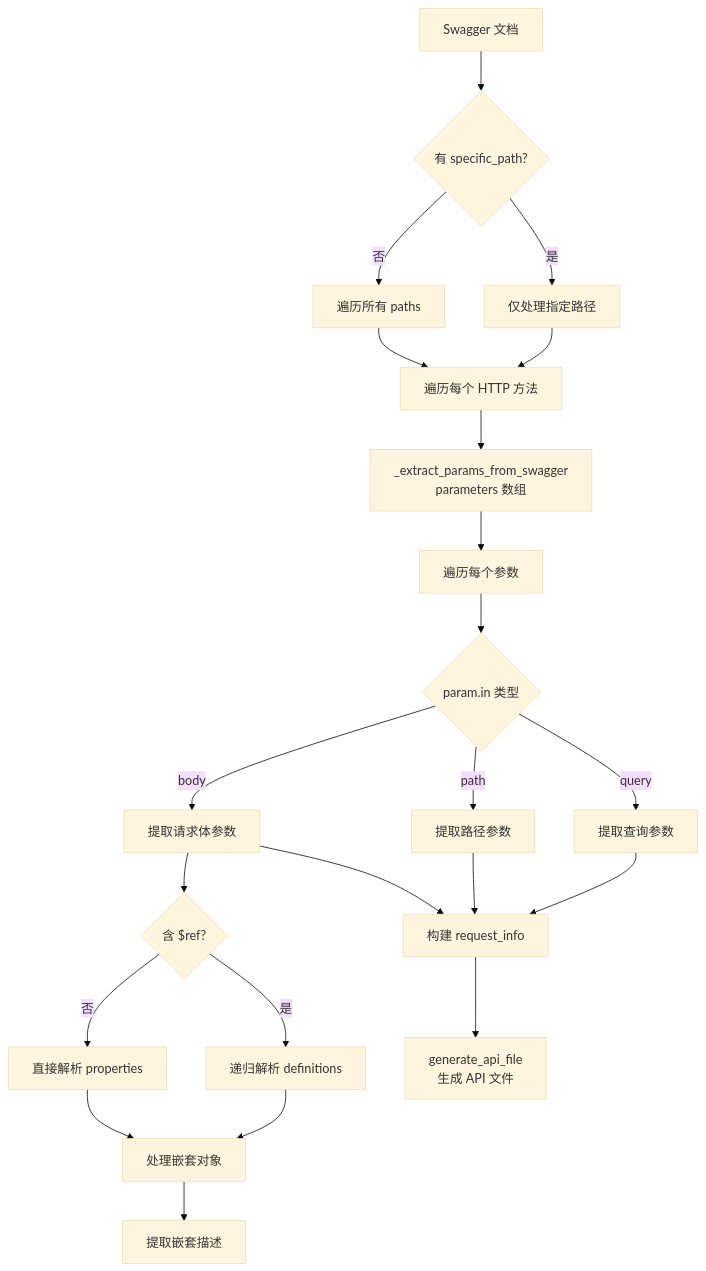
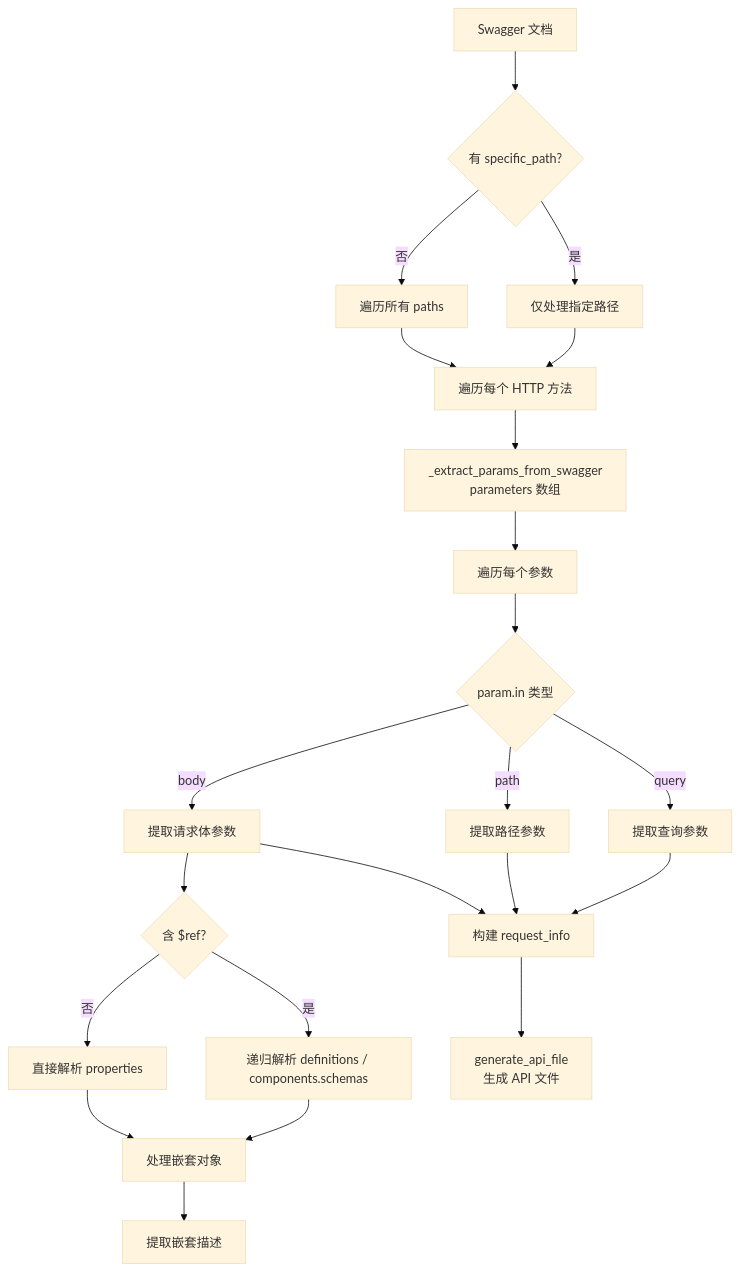
The second of 2 diagrams in docs/swagger_document_parsing.md (hewei198711/har2pytest), drawn with Mermaid (base theme) before and after one commit. The commit also changed other lines of this file and 64 other files, not shown here.

````diff
--- a/docs/swagger_document_parsing.md
+++ b/docs/swagger_document_parsing.md
@@ -90,24 +90,24 @@
 ```mermaid
 flowchart TD
     A[Swagger 文档] --> B{有 specific_path?}
     B -->|是| C[仅处理指定路径]
     B -->|否| D[遍历所有 paths]
     C --> E[遍历每个 HTTP 方法]
     D --> E
     E --> F[_extract_params_from_swagger<br/>parameters 数组]
     F --> G[遍历每个参数]
     G --> H{param.in 类型}
     H -->|query| I[提取查询参数]
     H -->|path| J[提取路径参数]
     H -->|body| K[提取请求体参数]
     K --> L{含 $ref?}
-    L -->|是| M[递归解析 definitions]
+    L -->|是| M[递归解析 definitions / components.schemas]
     L -->|否| N[直接解析 properties]
     M --> O[处理嵌套对象]
     N --> O
     O --> P[提取嵌套描述]
     I --> Q[构建 request_info]
     J --> Q
     K --> Q
     Q --> R[generate_api_file<br/>生成 API 文件]
 ```
````
